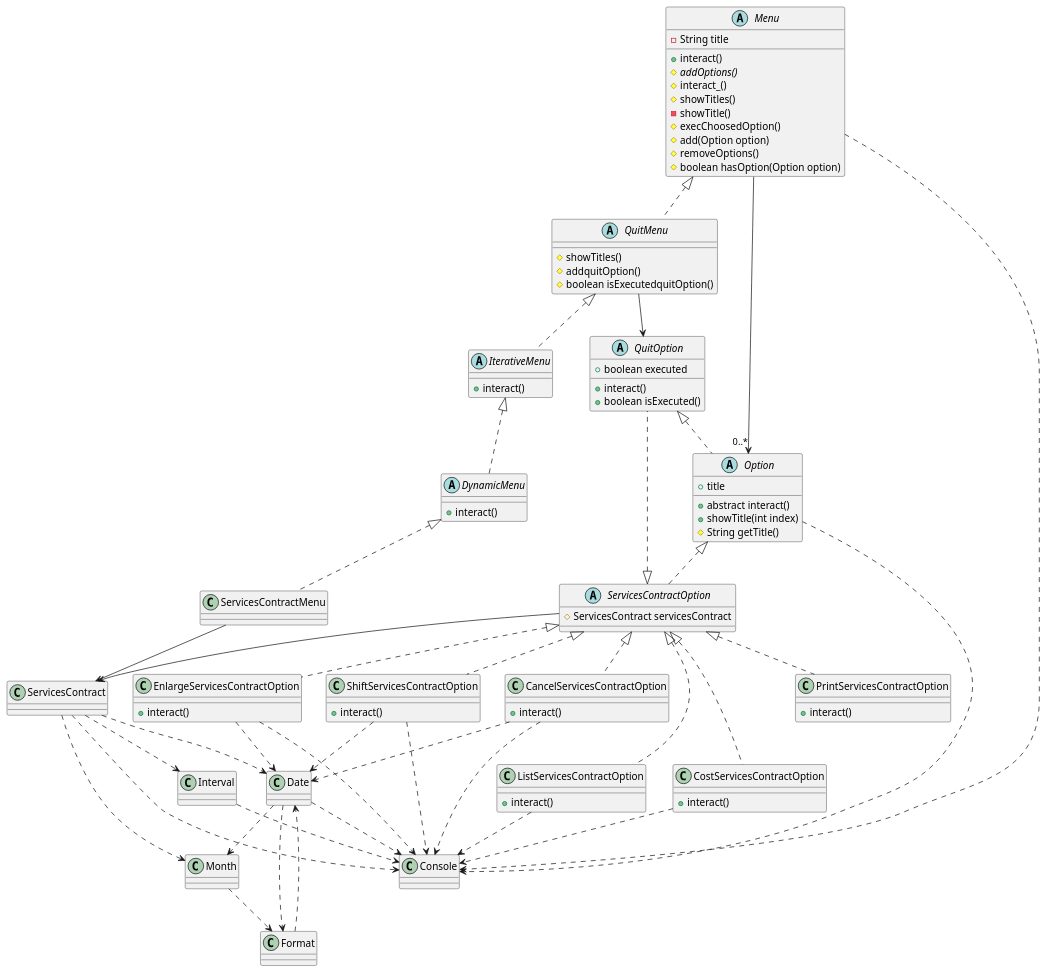
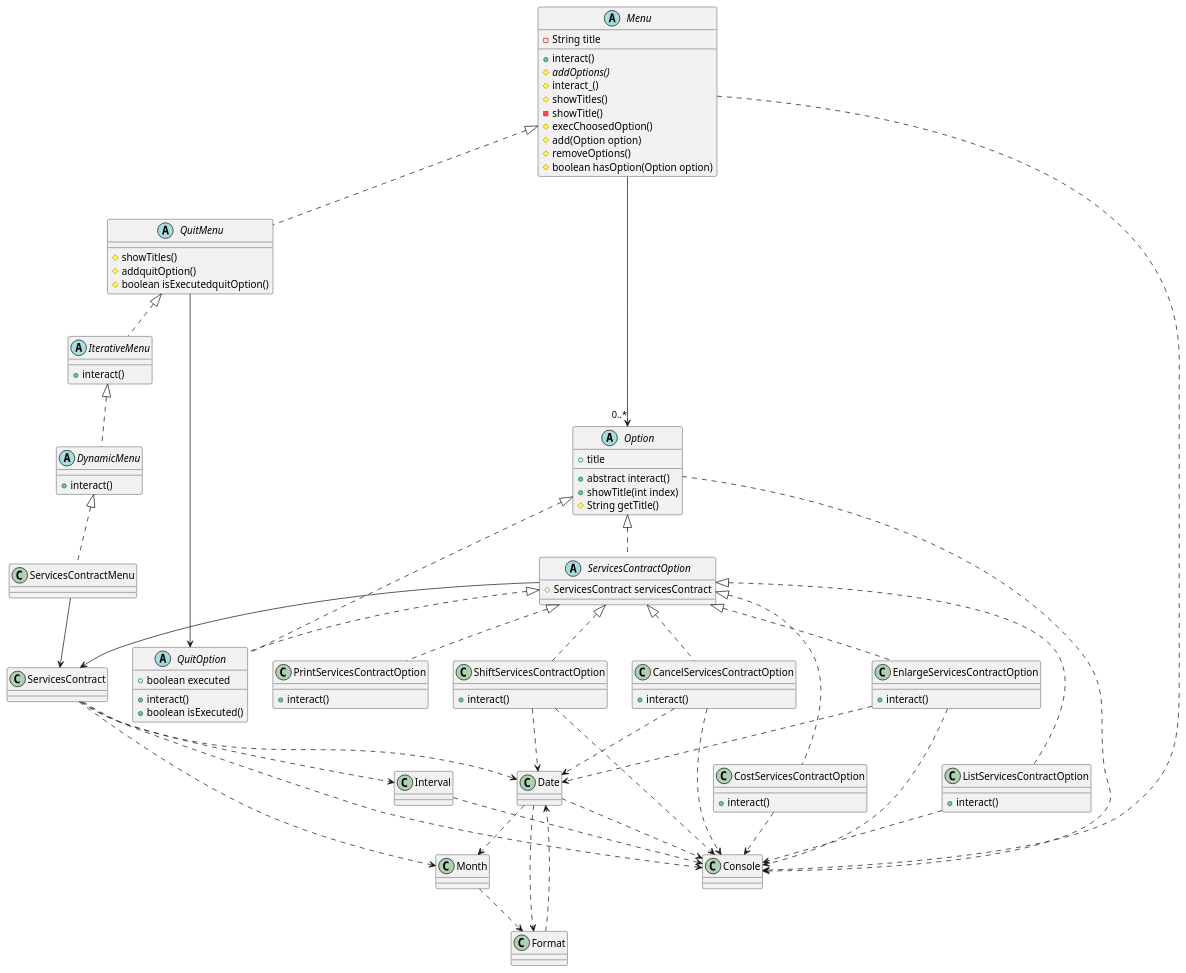
One commit to USantaTecla-ed-mpds/lab-lovalace changed the diagram in tech-java-basada-en-objetos-servicescontract_menu/ServicesContractMenu/src/es/pbover/master/UML/ModeloClases.puml. Above: the diagram before and after it, drawn with PlantUML. The commit also changed 1 other file, not shown here.

```diff
--- a/tech-java-basada-en-objetos-servicescontract_menu/ServicesContractMenu/src/es/pbover/master/UML/ModeloClases.puml
+++ b/tech-java-basada-en-objetos-servicescontract_menu/ServicesContractMenu/src/es/pbover/master/UML/ModeloClases.puml
@@ -1,148 +1,148 @@
 @startuml
 class ServicesContract
 abstract class Menu
 abstract class DynamicMenu
 abstract class IterativeMenu
 abstract class QuitMenu
 class ServicesContractMenu
 abstract class Option
 abstract class ServicesContractOption
 class CancelServicesContractOption
 class CostServicesContractOption
 class EnlargeServicesContractOption
 class ListServicesContractOption
 class PrintServicesContractOption
 class QuitOption
 class ShiftServicesContractOption
 class Date
 class Month
 class Format
 class Console
 
 Option <|.. ServicesContractOption
 
 ServicesContractOption <|.. CancelServicesContractOption
 ServicesContractOption <|.. CostServicesContractOption
 ServicesContractOption <|.. EnlargeServicesContractOption
 ServicesContractOption <|.. ListServicesContractOption
 ServicesContractOption <|.. PrintServicesContractOption 
 ServicesContractOption <|.. QuitOption 
 ServicesContractOption <|.. ShiftServicesContractOption 
 
 
 abstract class Menu {
  - String title
  +interact()
  #{abstract} addOptions()
  #interact_()
  #showTitles()
  -showTitle()
  #execChoosedOption()
  #add(Option option)
  #removeOptions()
  #boolean hasOption(Option option)
 }
 
 abstract class QuitMenu {
  #showTitles()
  #addquitOption()
  #boolean isExecutedquitOption()
 }
 
 abstract class IterativeMenu {
  +interact()
 }
 
 abstract class DynamicMenu {
  +interact()
 }
 
 abstract class Option {
  +title
  +abstract interact()
  +showTitle(int index)
  #String getTitle()
 }
 
 abstract class QuitOption {
  +boolean executed
  +interact()
  +boolean isExecuted()
 }
 
 abstract class ServicesContractOption {
  #ServicesContract servicesContract
 }
 
 class CancelServicesContractOption
 {
   +interact()
 }
 
 class CostServicesContractOption
 {
   +interact()
 }
 
 class EnlargeServicesContractOption
 {
   +interact()
 }
 
 class ListServicesContractOption
 {
   +interact()
 }
 class PrintServicesContractOption
 {
   +interact()
 }
 class ShiftServicesContractOption
 {
   +interact()
 }
 
  QuitMenu --> QuitOption
 
 Menu <|.. QuitMenu
 QuitMenu <|.. IterativeMenu
 IterativeMenu <|.. DynamicMenu
 DynamicMenu <|.. ServicesContractMenu 
-QuitOption <|.. Option
+Option <|.. QuitOption
 
 Menu -->"0..*" Option
 ServicesContractMenu --> ServicesContract
 ServicesContractOption --> ServicesContract
 
 
 ServicesContract ..> Console
 Menu ..> Console
 CancelServicesContractOption ..> Console
 CostServicesContractOption ..> Console
 EnlargeServicesContractOption ..> Console
 ListServicesContractOption ..> Console
 Option ..> Console
 ShiftServicesContractOption ..> Console
 Interval ..> Console
 Date ..> Console
 
 ServicesContract ..> Interval
 
 Date ..> Month
 ServicesContract ..> Month
 
 ServicesContract ..> Date
 CancelServicesContractOption ..> Date
 EnlargeServicesContractOption ..> Date
 ShiftServicesContractOption ..> Date
 Format ..> Date
 
 Date ..> Format
 Month ..> Format
 
 
 
 
 
 
 @enduml
```
